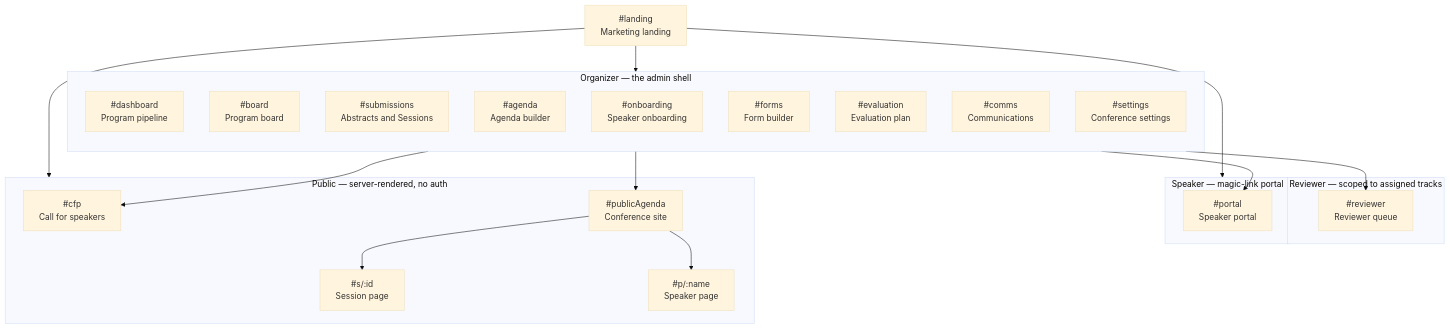
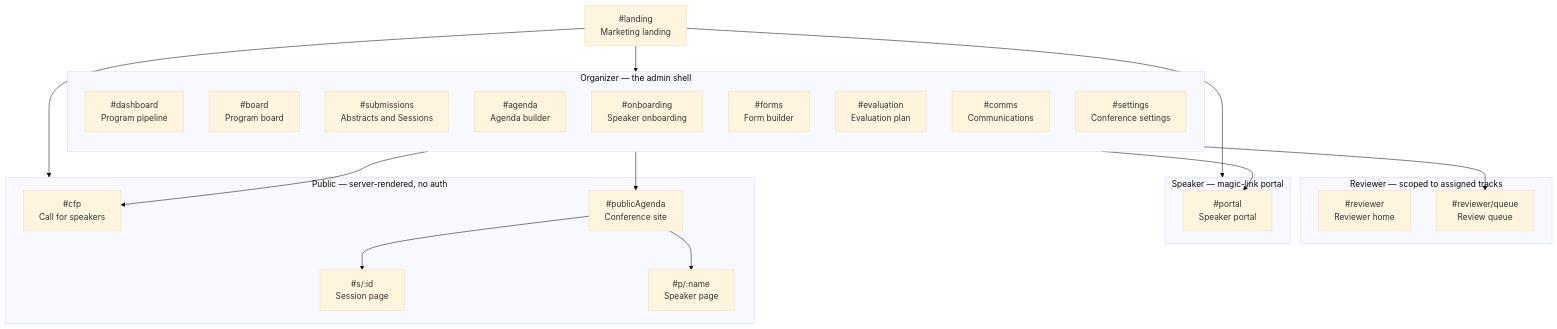
Before and after one commit to Stage-11-Agentics/marquee: the first of 6 diagrams in SITEMAP.md, drawn with Mermaid (base theme). The commit also changed other lines of this file and 26 other files, not shown here.

First line of the commit message:
MRQ-171: give the reviewer seat a home (#199)

````diff
--- a/SITEMAP.md
+++ b/SITEMAP.md
@@ -15,43 +15,44 @@
 ```mermaid
 flowchart TD
   Landing["#landing<br/>Marketing landing"]
 
   Landing --> Organizer
   Landing --> Speaker
   Landing --> Public
 
   subgraph Organizer["Organizer — the admin shell"]
     direction TB
     Dash["#dashboard<br/>Program pipeline"]
     Board["#board<br/>Program board"]
     Subs["#submissions<br/>Abstracts and Sessions"]
     Agenda["#agenda<br/>Agenda builder"]
     Onboard["#onboarding<br/>Speaker onboarding"]
     Forms["#forms<br/>Form builder"]
     Eval["#evaluation<br/>Evaluation plan"]
     Comms["#comms<br/>Communications"]
     Settings["#settings<br/>Conference settings"]
   end
 
   subgraph Reviewer["Reviewer — scoped to assigned tracks"]
-    Queue["#reviewer<br/>Reviewer queue"]
+    Home["#reviewer<br/>Reviewer home"]
+    Queue["#reviewer/queue<br/>Review queue"]
   end
 
   subgraph Speaker["Speaker — magic-link portal"]
     Portal["#portal<br/>Speaker portal"]
   end
 
   subgraph Public["Public — server-rendered, no auth"]
     CFP["#cfp<br/>Call for speakers"]
     Site["#publicAgenda<br/>Conference site"]
     Session["#s/:id<br/>Session page"]
     Person["#p/:name<br/>Speaker page"]
   end
 
   Eval --> Queue
   Forms --> CFP
   Agenda --> Site
   Site --> Session
   Site --> Person
   Onboard --> Portal
 ```
````
